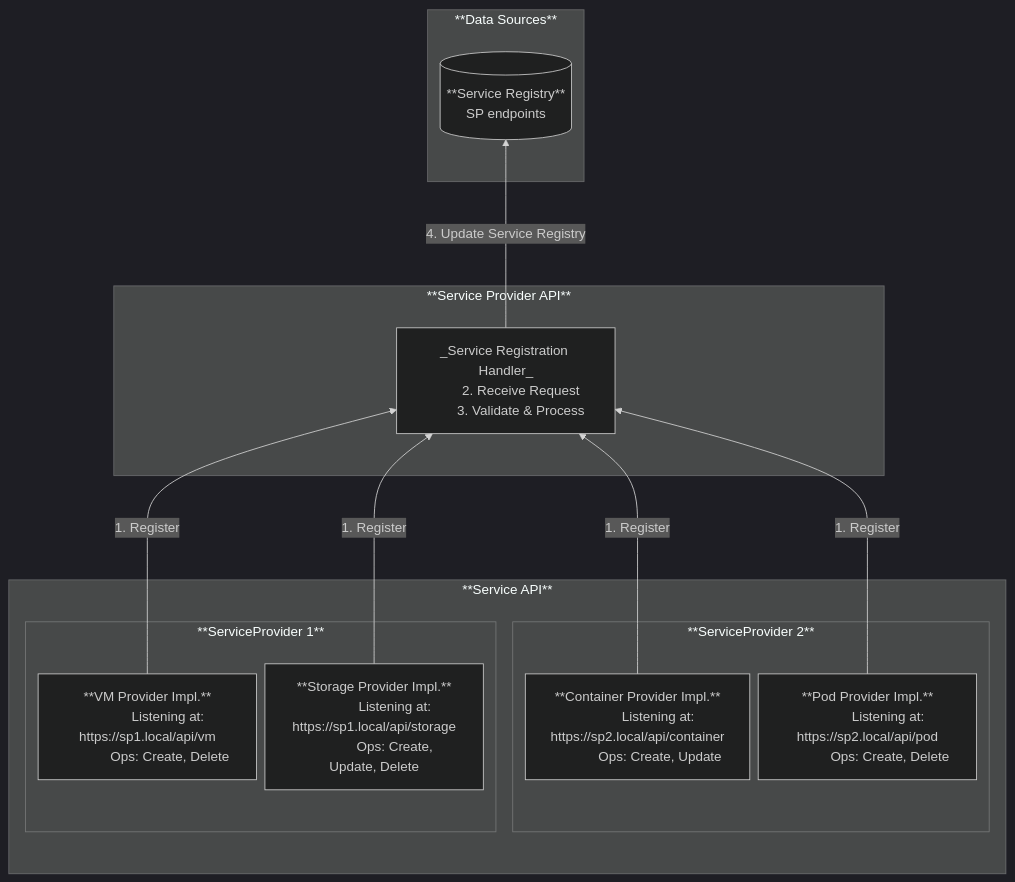
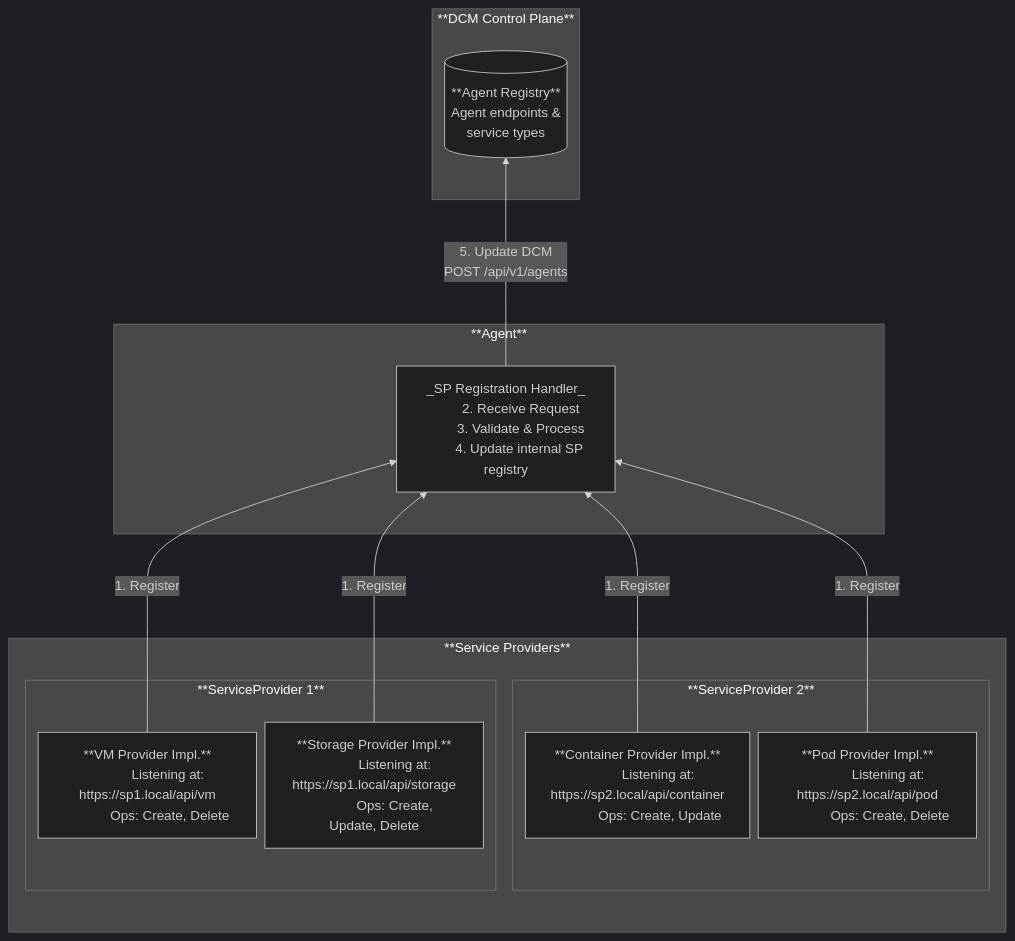
The first of 3 diagrams in enhancements/sp-registration-flow/sp-registration-flow.md (dcm-project/enhancements), drawn with Mermaid (dark theme) before and after one commit. The commit also changed other lines of this file and 9 other files, not shown here.

````diff
--- a/enhancements/sp-registration-flow/sp-registration-flow.md
+++ b/enhancements/sp-registration-flow/sp-registration-flow.md
@@ -98,37 +125,38 @@
 ```mermaid
 %%{init: {'flowchart': {'rankSpacing': 100, 'nodeSpacing': 10}}}%%
 flowchart BT
-    subgraph Data_Sources [**Data Sources**]
-        DB[("**Service Registry**<br/>SP endpoints")]
+    subgraph DCM_Control_Plane [**DCM Control Plane**]
+        DB[("**Agent Registry**<br/>Agent endpoints &<br/>service types")]
     end
 
-    subgraph API_Block [**Service Provider API**]
-        Handler["_Service Registration Handler_
+    subgraph Agent_Block [**Agent**]
+        Handler["_SP Registration Handler_
         2. Receive Request
-        3. Validate & Process"]
+        3. Validate & Process
+        4. Update internal SP registry"]
     end
 
-    subgraph Service_API [**Service API**<br/><br/> ]
+    subgraph Service_API [**Service Providers**<br/><br/> ]
 
         subgraph SP1 [**ServiceProvider 1**<br/>]
             VM_Prov["**VM Provider Impl.**
             Listening at: https://sp1.local/api/vm
             Ops: Create, Delete"]
             Storage_Prov["**Storage Provider Impl.**
             Listening at: https://sp1.local/api/storage
             Ops: Create, Update, Delete"]
         end
 
         subgraph SP2 [**ServiceProvider 2**<br/>]
             Container_Prov["**Container Provider Impl.**
             Listening at: https://sp2.local/api/container
             Ops: Create, Update"]
             Pod_Prov["**Pod Provider Impl.**
             Listening at: https://sp2.local/api/pod
             Ops: Create, Delete"]
         end
     end
 
     VM_Prov & Storage_Prov & Container_Prov & Pod_Prov -- 1. Register --> Handler
-    Handler -- 4. Update Service Registry --> DB
+    Handler -- 5. Update DCM<br/>POST /api/v1/agents --> DB
 ```
````
